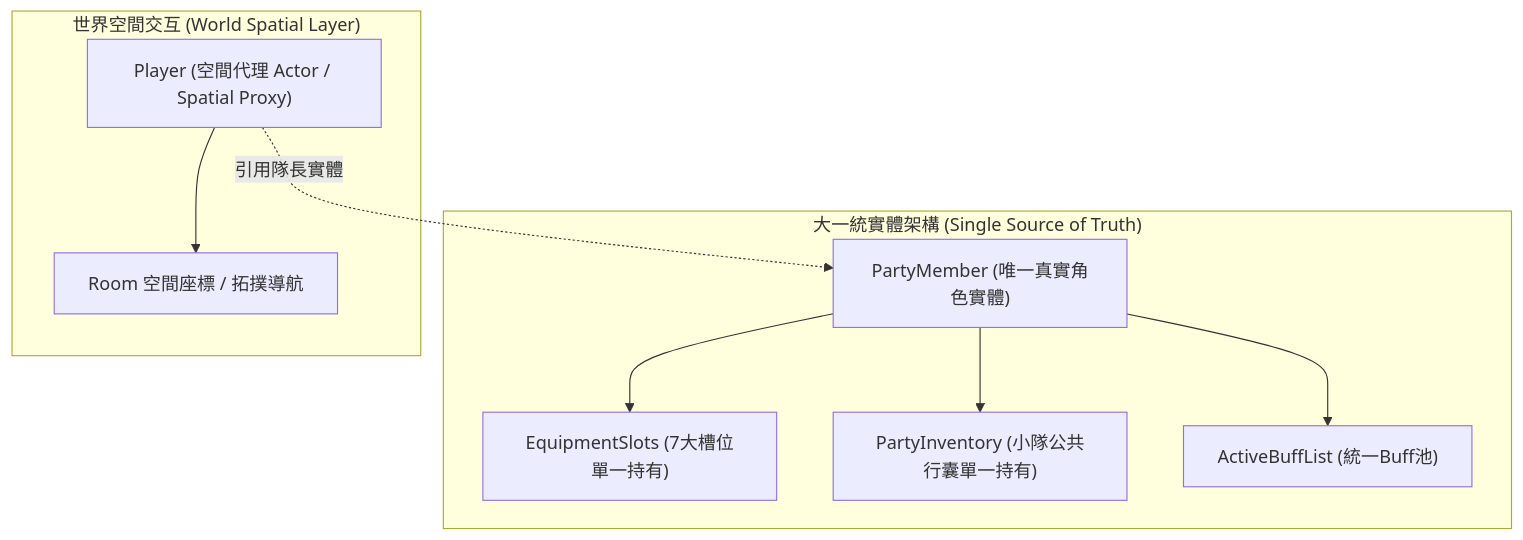
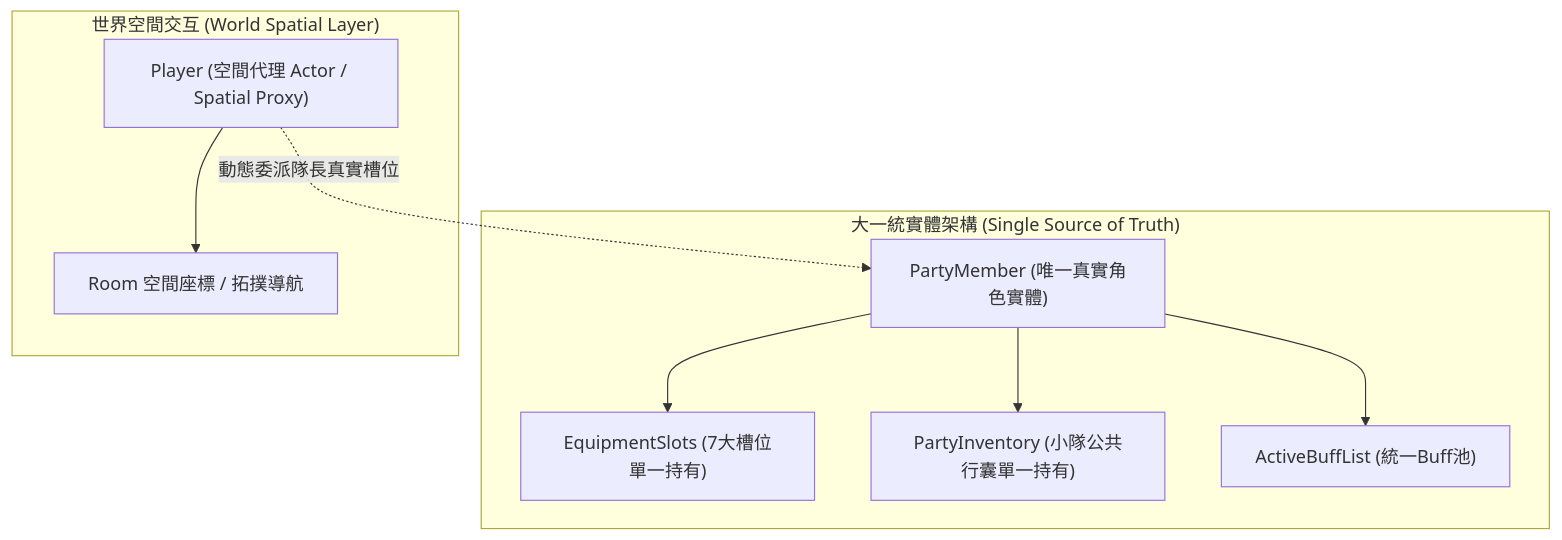
Before and after one commit to FTC-johnchien/practice_mud: the third of 3 diagrams in docs/plans/FUTURE_IMPROVEMENTS.md, drawn with Mermaid. The commit also changed other lines of this file and 13 other files, not shown here.

````diff
--- a/docs/plans/FUTURE_IMPROVEMENTS.md
+++ b/docs/plans/FUTURE_IMPROVEMENTS.md
@@ -1043,15 +1043,15 @@
   ```mermaid
   graph TD
       subgraph UnifiedModel ["大一統實體架構 (Single Source of Truth)"]
           PM["PartyMember (唯一真實角色實體)"]
           PM --> EQ["EquipmentSlots (7大槽位單一持有)"]
           PM --> INV["PartyInventory (小隊公共行囊單一持有)"]
           PM --> BF["ActiveBuffList (統一Buff池)"]
       end
       
       subgraph SpatialWorld ["世界空間交互 (World Spatial Layer)"]
           PL["Player (空間代理 Actor / Spatial Proxy)"]
-          PL -.->|引用隊長實體| PM
+          PL -.->|動態委派隊長真實槽位| PM
           PL --> Room["Room 空間座標 / 拓撲導航"]
       end
   ```
````
